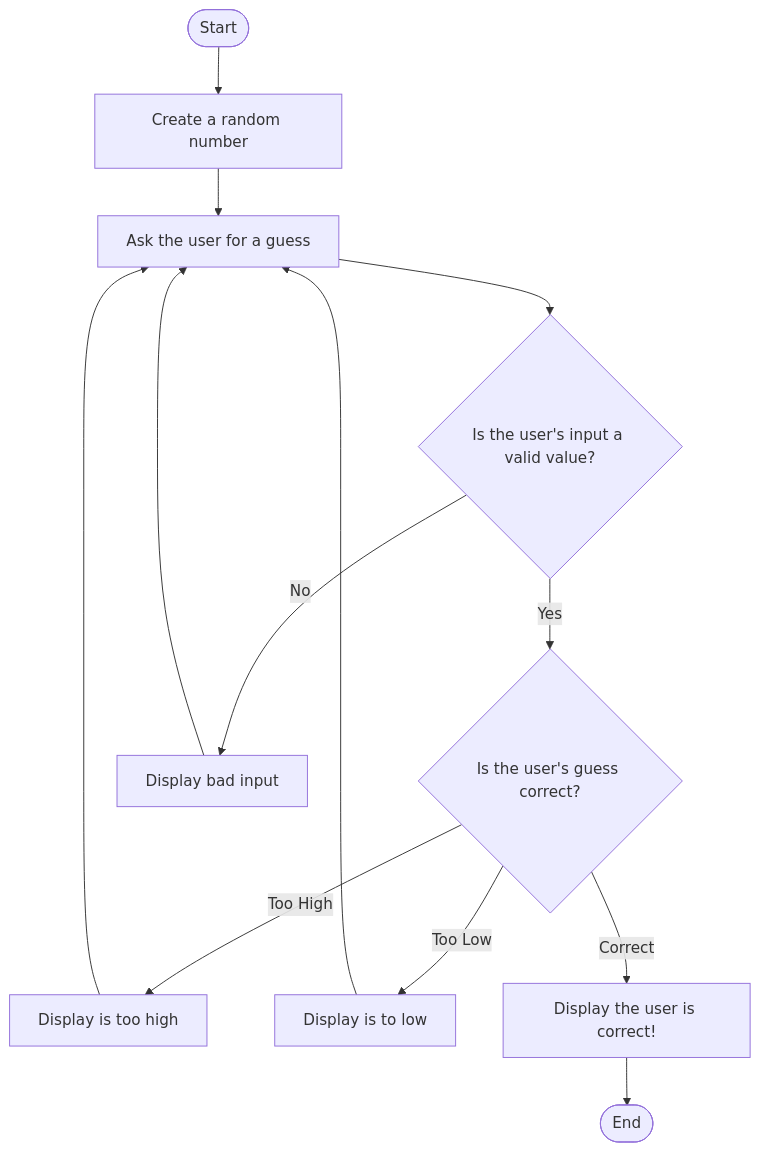
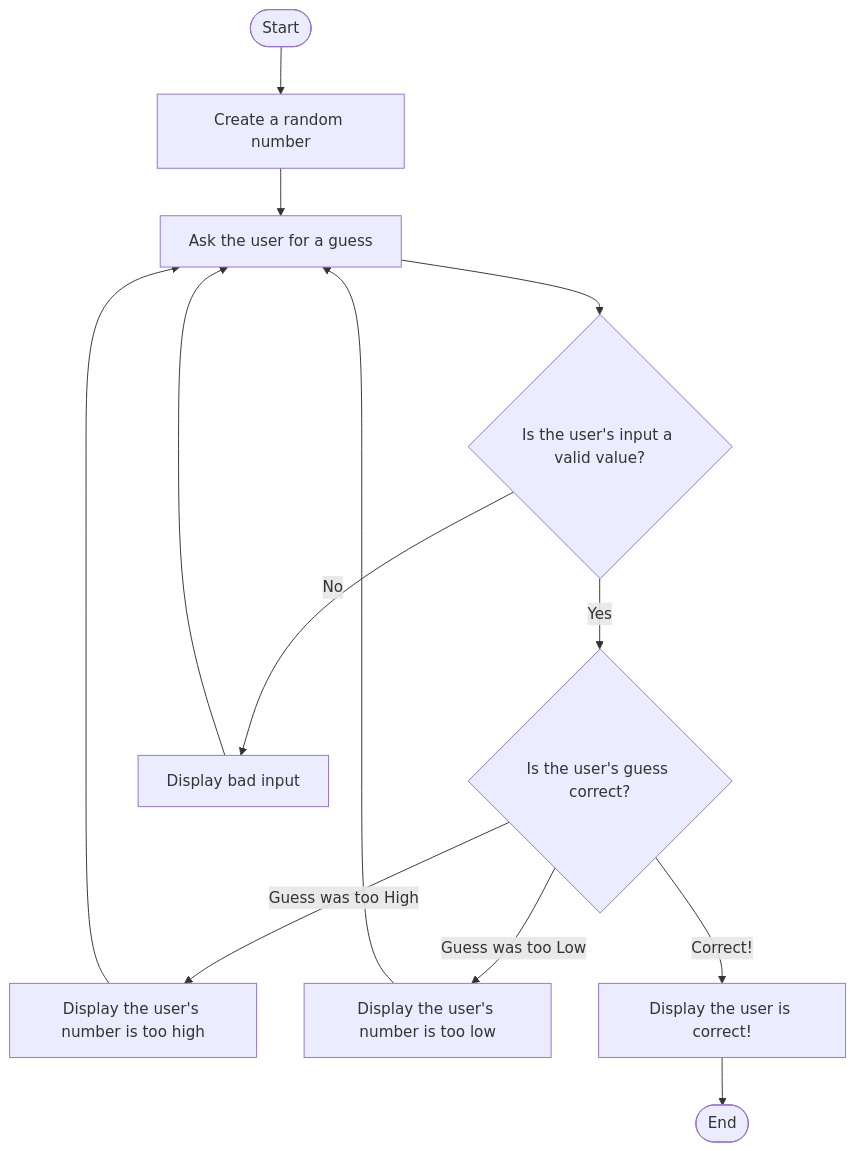
One commit to rmjohnson12/rmjohnson12.github.io changed the diagram in guessing.md. Above: the diagram before and after it, drawn with Mermaid. The commit also changed other lines of this file, not shown here.

````diff
--- a/guessing.md
+++ b/guessing.md
@@ -1,15 +1,15 @@
 ```mermaid
 flowchart TD
     Start([Start]) --> A[Create a random number]
     A --> B[Ask the user for a guess]
     B --> C{Is the user's input a valid value?}
     C -- "Yes" --> D{Is the user's guess correct?}
     C -- "No" --> E[Display bad input]
     E --> B
-    D -- "Too High" --> F[Display is too high]
+    D -- "Guess was too High" --> F[Display the user's number is too high]
     F --> B
-    D -- "Too Low" --> G[Display is to low]
+    D -- "Guess was too Low" --> G[Display the user's number is too low]
     G --> B
-    D -- "Correct" --> H[Display the user is correct!]
+    D -- "Correct!" --> H[Display the user is correct!]
     H --> End([End])
 ```
````
